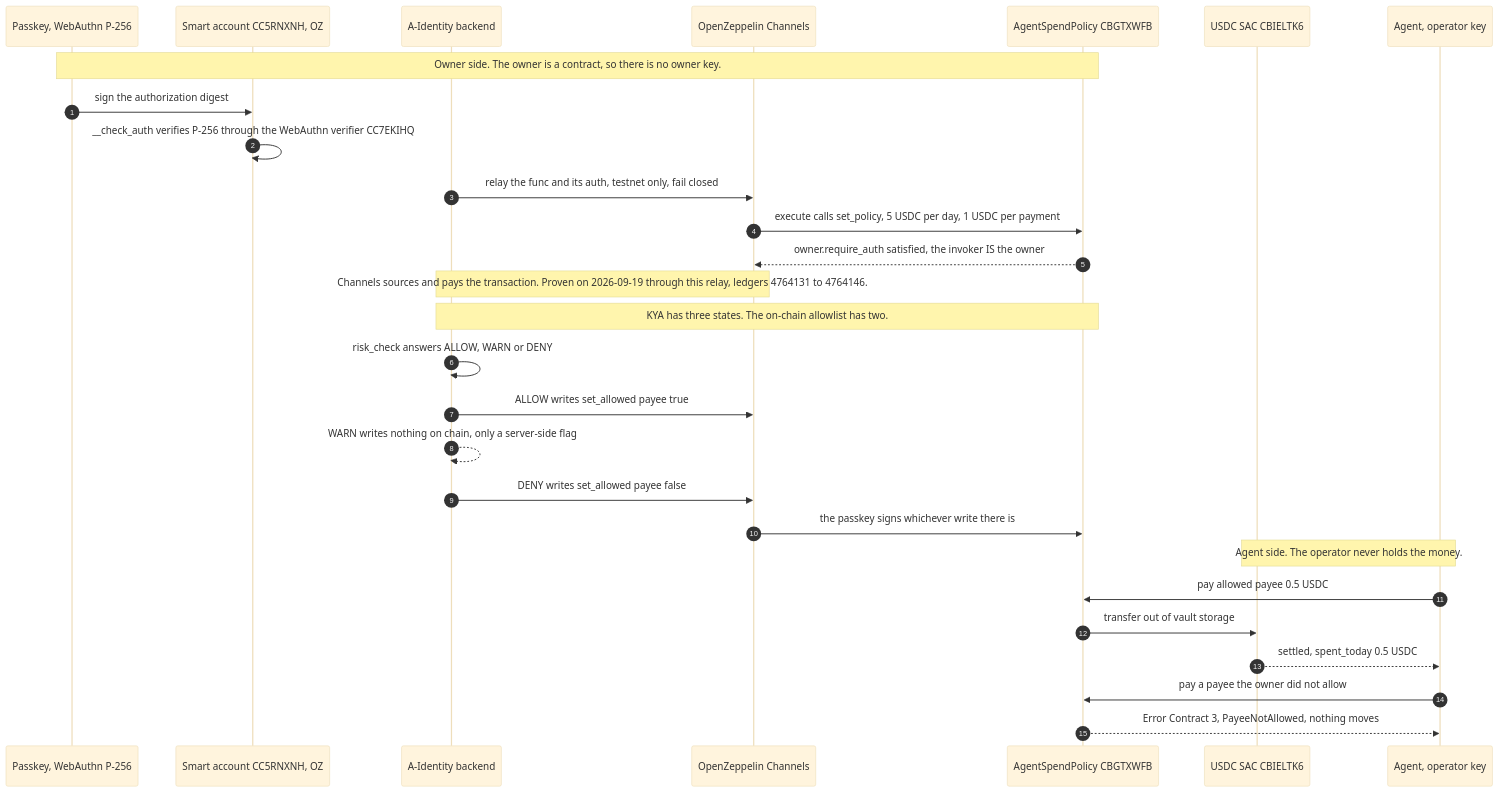
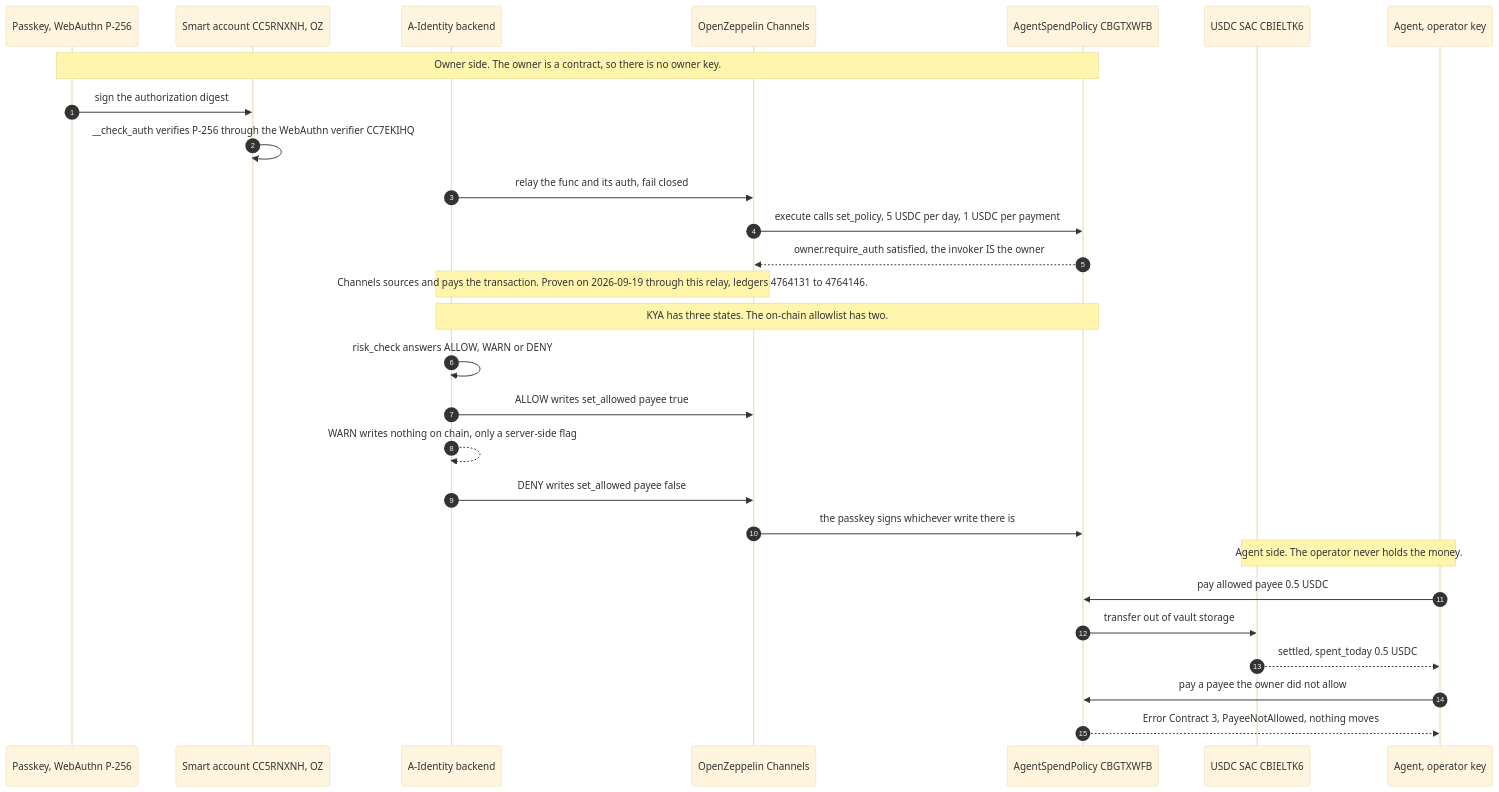
Before and after one commit to getA-Identity/A-Identity: the diagram in docs/chains/stellar.mdx, drawn with Mermaid (base theme). The commit also changed other lines of this file and 75 other files, not shown here.

````diff
--- a/docs/chains/stellar.mdx
+++ b/docs/chains/stellar.mdx
@@ -197,33 +278,33 @@
 ```mermaid
 sequenceDiagram
     autonumber
     participant PK as Passkey, WebAuthn P-256
     participant SA as Smart account CC5RNXNH, OZ
     participant BE as A-Identity backend
     participant CH as OpenZeppelin Channels
     participant V as AgentSpendPolicy CBGTXWFB
     participant T as USDC SAC CBIELTK6
     participant OP as Agent, operator key
 
     Note over PK,V: Owner side. The owner is a contract, so there is no owner key.
     PK->>SA: sign the authorization digest
     SA->>SA: __check_auth verifies P-256 through the WebAuthn verifier CC7EKIHQ
-    BE->>CH: relay the func and its auth, testnet only, fail closed
+    BE->>CH: relay the func and its auth, fail closed
     CH->>V: execute calls set_policy, 5 USDC per day, 1 USDC per payment
     V-->>CH: owner.require_auth satisfied, the invoker IS the owner
     Note over BE,CH: Channels sources and pays the transaction. Proven on 2026-09-19 through this relay, ledgers 4764131 to 4764146.
 
     Note over BE,V: KYA has three states. The on-chain allowlist has two.
     BE->>BE: risk_check answers ALLOW, WARN or DENY
     BE->>CH: ALLOW writes set_allowed payee true
     BE-->>BE: WARN writes nothing on chain, only a server-side flag
     BE->>CH: DENY writes set_allowed payee false
     CH->>V: the passkey signs whichever write there is
 
     Note over OP,T: Agent side. The operator never holds the money.
     OP->>V: pay allowed payee 0.5 USDC
     V->>T: transfer out of vault storage
     T-->>OP: settled, spent_today 0.5 USDC
     OP->>V: pay a payee the owner did not allow
     V-->>OP: Error Contract 3, PayeeNotAllowed, nothing moves
 ```
````
